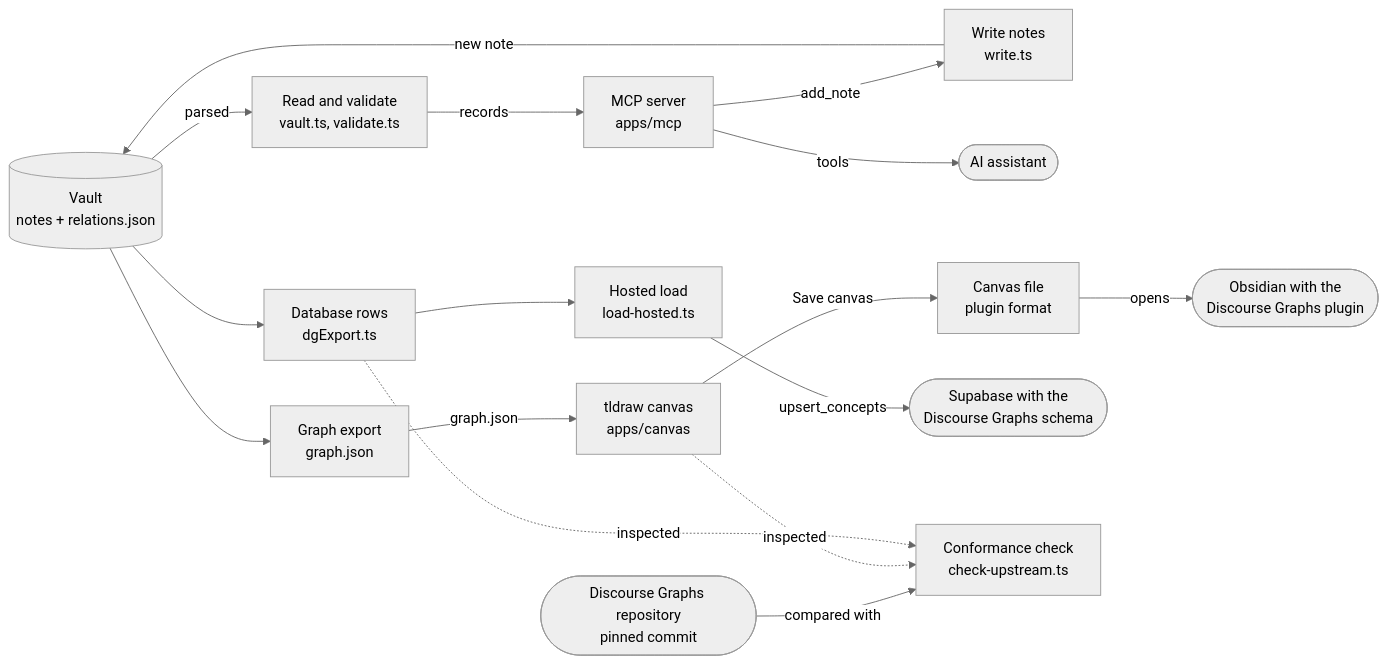
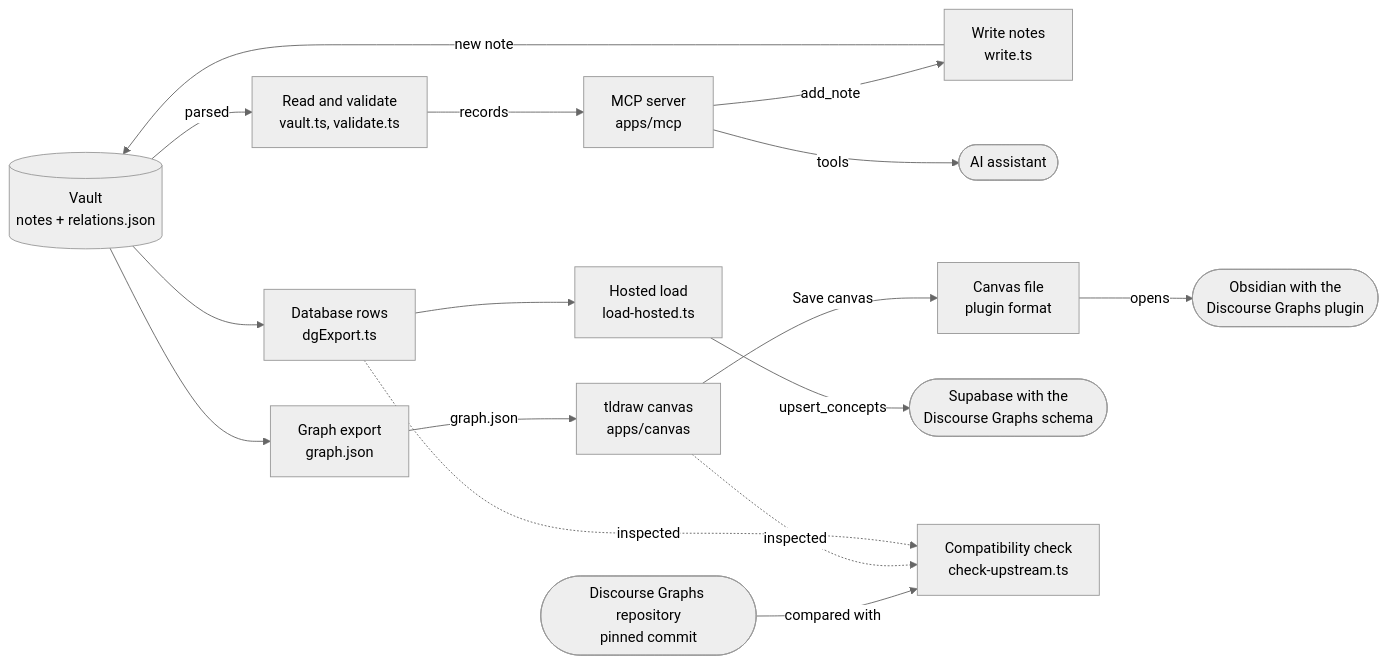
Before and after one commit to kootru-repo/trusoma-discourse-graph: the diagram in docs/architecture.md, drawn with Mermaid (neutral theme). The commit also changed other lines of this file and 9 other files, not shown here.

````diff
--- a/docs/architecture.md
+++ b/docs/architecture.md
@@ -5,25 +5,25 @@
 ```mermaid
 flowchart LR
   vault[("Vault<br/>notes + relations.json")]
   read["Read and validate<br/>vault.ts, validate.ts"]
   write["Write notes<br/>write.ts"]
   mcp["MCP server<br/>apps/mcp"]
   assistant(["AI assistant"])
   export["Graph export<br/>graph.json"]
   canvas["tldraw canvas<br/>apps/canvas"]
   file["Canvas file<br/>plugin format"]
   obsidian(["Obsidian with the<br/>Discourse Graphs plugin"])
   rows["Database rows<br/>dgExport.ts"]
   load["Hosted load<br/>load-hosted.ts"]
   supabase(["Supabase with the<br/>Discourse Graphs schema"])
-  check["Conformance check<br/>check-upstream.ts"]
+  check["Compatibility check<br/>check-upstream.ts"]
   upstream(["Discourse Graphs repository<br/>pinned commit"])
 
   vault -->|parsed| read -->|records| mcp -->|tools| assistant
   mcp -->|add_note| write -->|new note| vault
   vault --> export -->|graph.json| canvas -->|Save canvas| file -->|opens| obsidian
   vault --> rows --> load -->|upsert_concepts| supabase
   upstream -->|compared with| check
   canvas -.->|inspected| check
   rows -.->|inspected| check
 ```
````
